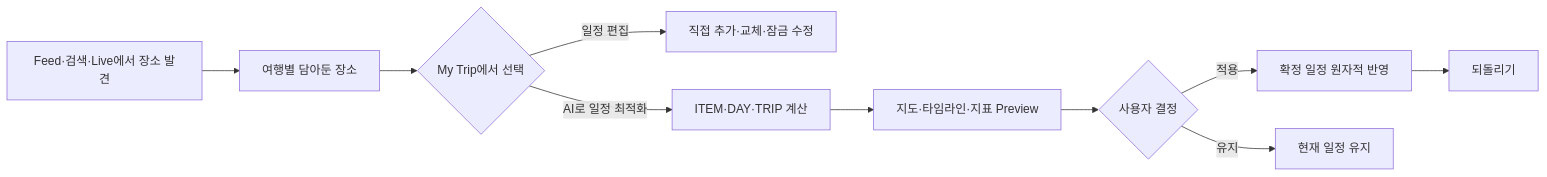
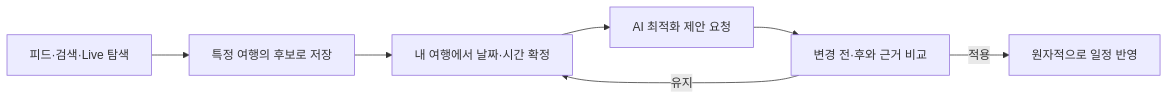
One commit to yutakdv/Nullnull changed the diagram in README.md. Above: the diagram before and after it, drawn with Mermaid. The commit also changed other lines of this file and 65 other files, not shown here.

````diff
--- a/README.md
+++ b/README.md
@@ -32,12 +33,9 @@
 ```mermaid
 flowchart LR
-    A[Feed·검색·Live에서 장소 발견] --> B[여행별 담아둔 장소]
-    B --> C{My Trip에서 선택}
-    C -->|일정 편집| D[직접 추가·교체·잠금 수정]
-    C -->|AI로 일정 최적화| E[ITEM·DAY·TRIP 계산]
-    E --> F[지도·타임라인·지표 Preview]
-    F --> G{사용자 결정}
-    G -->|적용| H[확정 일정 원자적 반영]
-    G -->|유지| I[현재 일정 유지]
-    H --> J[되돌리기]
+    A[피드·검색·Live 탐색] --> B[특정 여행의 후보로 저장]
+    B --> C[내 여행에서 날짜·시간 확정]
+    C --> D[AI 최적화 제안 요청]
+    D --> E[변경 전·후와 근거 비교]
+    E -->|적용| F[원자적으로 일정 반영]
+    E -->|유지| C
 ```
````
